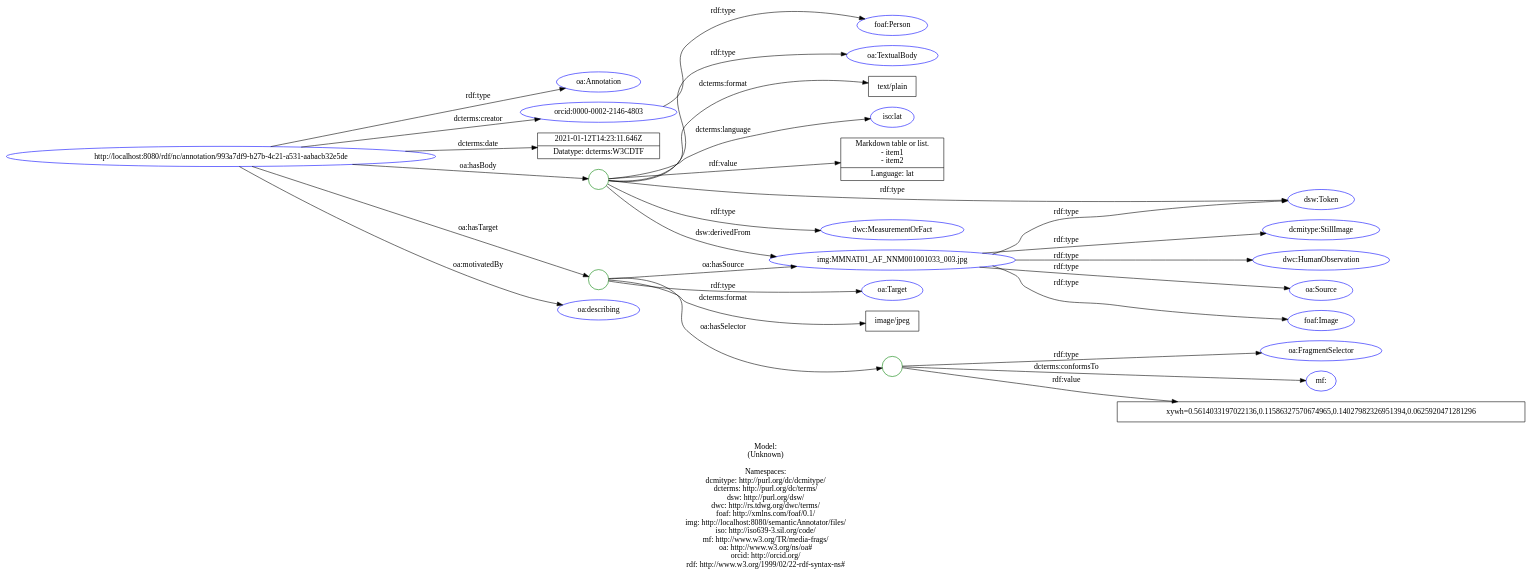
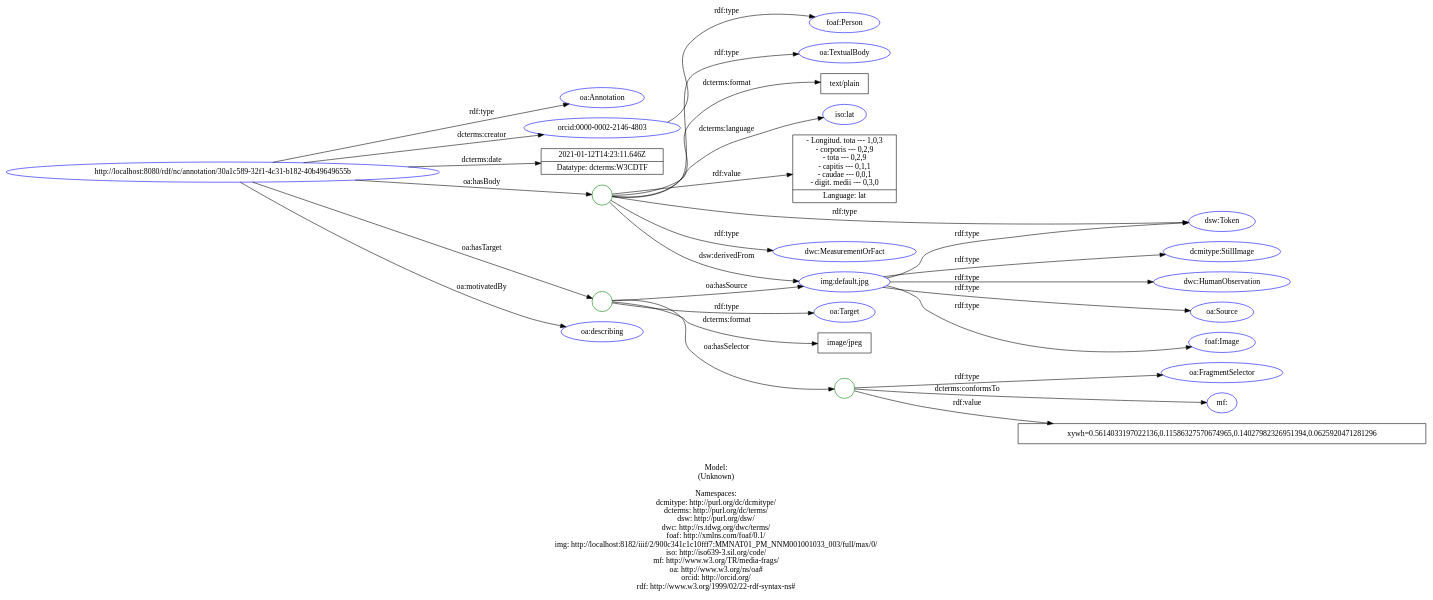
The diagram in doc/models/example_4_1.dot (lisestork/SFB-Annotator), drawn with Graphviz before and after one commit. The commit also changed 5 other files, not shown here.

```diff
--- a/doc/models/example_4_1.dot
+++ b/doc/models/example_4_1.dot
@@ -1,64 +1,64 @@
 digraph {
 	rankdir = LR;
 	charset="utf-8";
 
-	"Rhttp://localhost:8080/rdf/nc/annotation/993a7df9-b27b-4c21-a531-aabacb32e5de" -> "Roa:Annotation" [ label="rdf:type" ];
-	"Rhttp://localhost:8080/rdf/nc/annotation/993a7df9-b27b-4c21-a531-aabacb32e5de" -> "Rorcid:0000-0002-2146-4803" [ label="dcterms:creator" ];
-	"Rhttp://localhost:8080/rdf/nc/annotation/993a7df9-b27b-4c21-a531-aabacb32e5de" -> "L2021-01-12T14:23:11.646Z|Datatype: dcterms:W3CDTF" [ label="dcterms:date" ];
-	"Rhttp://localhost:8080/rdf/nc/annotation/993a7df9-b27b-4c21-a531-aabacb32e5de" -> "B_:node1f0go8rutx19" [ label="oa:hasBody" ];
-	"B_:node1f0go8rutx19" -> "Rdsw:Token" [ label="rdf:type" ];
-	"B_:node1f0go8rutx19" -> "Rdwc:MeasurementOrFact" [ label="rdf:type" ];
-	"B_:node1f0go8rutx19" -> "Roa:TextualBody" [ label="rdf:type" ];
-	"B_:node1f0go8rutx19" -> "Ltext/plain" [ label="dcterms:format" ];
-	"B_:node1f0go8rutx19" -> "Riso:lat" [ label="dcterms:language" ];
-	"B_:node1f0go8rutx19" -> "Rimg:MMNAT01_AF_NNM001001033_003.jpg" [ label="dsw:derivedFrom" ];
-	"B_:node1f0go8rutx19" -> "LMarkdown table or list.\n- item1\n- item2|Language: lat" [ label="rdf:value" ];
-	"Rhttp://localhost:8080/rdf/nc/annotation/993a7df9-b27b-4c21-a531-aabacb32e5de" -> "B_:node1f0go8rutx18" [ label="oa:hasTarget" ];
-	"B_:node1f0go8rutx18" -> "Roa:Target" [ label="rdf:type" ];
-	"B_:node1f0go8rutx18" -> "Limage/jpeg" [ label="dcterms:format" ];
-	"B_:node1f0go8rutx18" -> "B_:node1f0go8rutx21" [ label="oa:hasSelector" ];
-	"B_:node1f0go8rutx21" -> "Roa:FragmentSelector" [ label="rdf:type" ];
-	"B_:node1f0go8rutx21" -> "Rmf:" [ label="dcterms:conformsTo" ];
-	"B_:node1f0go8rutx21" -> "Lxywh=0.5614033197022136,0.11586327570674965,0.14027982326951394,0.0625920471281296" [ label="rdf:value" ];
-	"B_:node1f0go8rutx18" -> "Rimg:MMNAT01_AF_NNM001001033_003.jpg" [ label="oa:hasSource" ];
-	"Rhttp://localhost:8080/rdf/nc/annotation/993a7df9-b27b-4c21-a531-aabacb32e5de" -> "Roa:describing" [ label="oa:motivatedBy" ];
+	"Rhttp://localhost:8080/rdf/nc/annotation/30a1c589-32f1-4c31-b182-40b49649655b" -> "Roa:Annotation" [ label="rdf:type" ];
+	"Rhttp://localhost:8080/rdf/nc/annotation/30a1c589-32f1-4c31-b182-40b49649655b" -> "Rorcid:0000-0002-2146-4803" [ label="dcterms:creator" ];
+	"Rhttp://localhost:8080/rdf/nc/annotation/30a1c589-32f1-4c31-b182-40b49649655b" -> "L2021-01-12T14:23:11.646Z|Datatype: dcterms:W3CDTF" [ label="dcterms:date" ];
+	"Rhttp://localhost:8080/rdf/nc/annotation/30a1c589-32f1-4c31-b182-40b49649655b" -> "B_:node1f0gq2gelx62" [ label="oa:hasBody" ];
+	"B_:node1f0gq2gelx62" -> "Rdsw:Token" [ label="rdf:type" ];
+	"B_:node1f0gq2gelx62" -> "Rdwc:MeasurementOrFact" [ label="rdf:type" ];
+	"B_:node1f0gq2gelx62" -> "Roa:TextualBody" [ label="rdf:type" ];
+	"B_:node1f0gq2gelx62" -> "Ltext/plain" [ label="dcterms:format" ];
+	"B_:node1f0gq2gelx62" -> "Riso:lat" [ label="dcterms:language" ];
+	"B_:node1f0gq2gelx62" -> "Rimg:default.jpg" [ label="dsw:derivedFrom" ];
+	"B_:node1f0gq2gelx62" -> "L- Longitud. tota --- 1,0,3\n- corporis --- 0,2,9\n- tota --- 0,2,9\n- capitis --- 0,1,1\n- caudae --- 0,0,1\n- digit. medii --- 0,3,0|Language: lat" [ label="rdf:value" ];
+	"Rhttp://localhost:8080/rdf/nc/annotation/30a1c589-32f1-4c31-b182-40b49649655b" -> "B_:node1f0gq2gelx61" [ label="oa:hasTarget" ];
+	"B_:node1f0gq2gelx61" -> "Roa:Target" [ label="rdf:type" ];
+	"B_:node1f0gq2gelx61" -> "Limage/jpeg" [ label="dcterms:format" ];
+	"B_:node1f0gq2gelx61" -> "B_:node1f0gq2gelx64" [ label="oa:hasSelector" ];
+	"B_:node1f0gq2gelx64" -> "Roa:FragmentSelector" [ label="rdf:type" ];
+	"B_:node1f0gq2gelx64" -> "Rmf:" [ label="dcterms:conformsTo" ];
+	"B_:node1f0gq2gelx64" -> "Lxywh=0.5614033197022136,0.11586327570674965,0.14027982326951394,0.0625920471281296" [ label="rdf:value" ];
+	"B_:node1f0gq2gelx61" -> "Rimg:default.jpg" [ label="oa:hasSource" ];
+	"Rhttp://localhost:8080/rdf/nc/annotation/30a1c589-32f1-4c31-b182-40b49649655b" -> "Roa:describing" [ label="oa:motivatedBy" ];
 	"Rorcid:0000-0002-2146-4803" -> "Rfoaf:Person" [ label="rdf:type" ];
-	"Rimg:MMNAT01_AF_NNM001001033_003.jpg" -> "Rdcmitype:StillImage" [ label="rdf:type" ];
-	"Rimg:MMNAT01_AF_NNM001001033_003.jpg" -> "Rdsw:Token" [ label="rdf:type" ];
-	"Rimg:MMNAT01_AF_NNM001001033_003.jpg" -> "Rdwc:HumanObservation" [ label="rdf:type" ];
-	"Rimg:MMNAT01_AF_NNM001001033_003.jpg" -> "Roa:Source" [ label="rdf:type" ];
-	"Rimg:MMNAT01_AF_NNM001001033_003.jpg" -> "Rfoaf:Image" [ label="rdf:type" ];
+	"Rimg:default.jpg" -> "Rdcmitype:StillImage" [ label="rdf:type" ];
+	"Rimg:default.jpg" -> "Rdsw:Token" [ label="rdf:type" ];
+	"Rimg:default.jpg" -> "Rdwc:HumanObservation" [ label="rdf:type" ];
+	"Rimg:default.jpg" -> "Roa:Source" [ label="rdf:type" ];
+	"Rimg:default.jpg" -> "Rfoaf:Image" [ label="rdf:type" ];
 
 	// Resources
-	"Rhttp://localhost:8080/rdf/nc/annotation/993a7df9-b27b-4c21-a531-aabacb32e5de" [ label="http://localhost:8080/rdf/nc/annotation/993a7df9-b27b-4c21-a531-aabacb32e5de", shape = ellipse, color = blue ];
+	"Rhttp://localhost:8080/rdf/nc/annotation/30a1c589-32f1-4c31-b182-40b49649655b" [ label="http://localhost:8080/rdf/nc/annotation/30a1c589-32f1-4c31-b182-40b49649655b", shape = ellipse, color = blue ];
 	"Roa:Annotation" [ label="oa:Annotation", shape = ellipse, color = blue ];
 	"Rorcid:0000-0002-2146-4803" [ label="orcid:0000-0002-2146-4803", shape = ellipse, color = blue ];
 	"Rdsw:Token" [ label="dsw:Token", shape = ellipse, color = blue ];
 	"Rdwc:MeasurementOrFact" [ label="dwc:MeasurementOrFact", shape = ellipse, color = blue ];
 	"Roa:TextualBody" [ label="oa:TextualBody", shape = ellipse, color = blue ];
 	"Riso:lat" [ label="iso:lat", shape = ellipse, color = blue ];
-	"Rimg:MMNAT01_AF_NNM001001033_003.jpg" [ label="img:MMNAT01_AF_NNM001001033_003.jpg", shape = ellipse, color = blue ];
+	"Rimg:default.jpg" [ label="img:default.jpg", shape = ellipse, color = blue ];
 	"Roa:Target" [ label="oa:Target", shape = ellipse, color = blue ];
 	"Roa:FragmentSelector" [ label="oa:FragmentSelector", shape = ellipse, color = blue ];
 	"Rmf:" [ label="mf:", shape = ellipse, color = blue ];
 	"Roa:describing" [ label="oa:describing", shape = ellipse, color = blue ];
 	"Rfoaf:Person" [ label="foaf:Person", shape = ellipse, color = blue ];
 	"Rdcmitype:StillImage" [ label="dcmitype:StillImage", shape = ellipse, color = blue ];
 	"Rdwc:HumanObservation" [ label="dwc:HumanObservation", shape = ellipse, color = blue ];
 	"Roa:Source" [ label="oa:Source", shape = ellipse, color = blue ];
 	"Rfoaf:Image" [ label="foaf:Image", shape = ellipse, color = blue ];
 
 	// Anonymous nodes
-	"B_:node1f0go8rutx19" [ label="", shape = circle, color = green ];
-	"B_:node1f0go8rutx18" [ label="", shape = circle, color = green ];
-	"B_:node1f0go8rutx21" [ label="", shape = circle, color = green ];
+	"B_:node1f0gq2gelx62" [ label="", shape = circle, color = green ];
+	"B_:node1f0gq2gelx61" [ label="", shape = circle, color = green ];
+	"B_:node1f0gq2gelx64" [ label="", shape = circle, color = green ];
 
 	// Literals
 	"L2021-01-12T14:23:11.646Z|Datatype: dcterms:W3CDTF" [ label="2021-01-12T14:23:11.646Z|Datatype: dcterms:W3CDTF", shape = record ];
 	"Ltext/plain" [ label="text/plain", shape = record ];
-	"LMarkdown table or list.\n- item1\n- item2|Language: lat" [ label="Markdown table or list.\n- item1\n- item2|Language: lat", shape = record ];
+	"L- Longitud. tota --- 1,0,3\n- corporis --- 0,2,9\n- tota --- 0,2,9\n- capitis --- 0,1,1\n- caudae --- 0,0,1\n- digit. medii --- 0,3,0|Language: lat" [ label="- Longitud. tota --- 1,0,3\n- corporis --- 0,2,9\n- tota --- 0,2,9\n- capitis --- 0,1,1\n- caudae --- 0,0,1\n- digit. medii --- 0,3,0|Language: lat", shape = record ];
 	"Limage/jpeg" [ label="image/jpeg", shape = record ];
 	"Lxywh=0.5614033197022136,0.11586327570674965,0.14027982326951394,0.0625920471281296" [ label="xywh=0.5614033197022136,0.11586327570674965,0.14027982326951394,0.0625920471281296", shape = record ];
 
-	label="\n\nModel:\n(Unknown)\n\nNamespaces:\ndcmitype: http://purl.org/dc/dcmitype/\ndcterms: http://purl.org/dc/terms/\ndsw: http://purl.org/dsw/\ndwc: http://rs.tdwg.org/dwc/terms/\nfoaf: http://xmlns.com/foaf/0.1/\nimg: http://localhost:8080/semanticAnnotator/files/\niso: http://iso639-3.sil.org/code/\nmf: http://www.w3.org/TR/media-frags/\noa: http://www.w3.org/ns/oa#\norcid: http://orcid.org/\nrdf: http://www.w3.org/1999/02/22-rdf-syntax-ns#\n";
+	label="\n\nModel:\n(Unknown)\n\nNamespaces:\ndcmitype: http://purl.org/dc/dcmitype/\ndcterms: http://purl.org/dc/terms/\ndsw: http://purl.org/dsw/\ndwc: http://rs.tdwg.org/dwc/terms/\nfoaf: http://xmlns.com/foaf/0.1/\nimg: http://localhost:8182/iiif/2/900c341c1c10fff7:MMNAT01_PM_NNM001001033_003/full/max/0/\niso: http://iso639-3.sil.org/code/\nmf: http://www.w3.org/TR/media-frags/\noa: http://www.w3.org/ns/oa#\norcid: http://orcid.org/\nrdf: http://www.w3.org/1999/02/22-rdf-syntax-ns#\n";
 }
```
